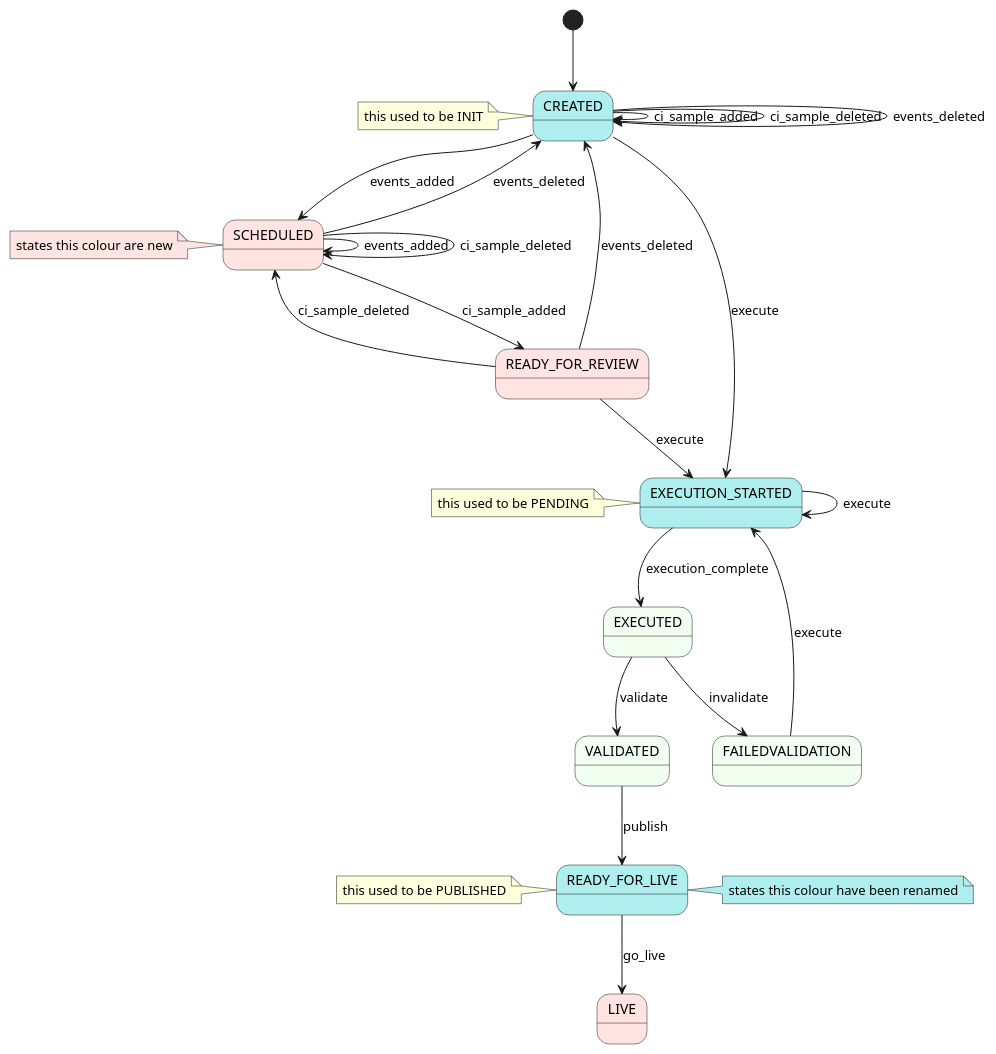
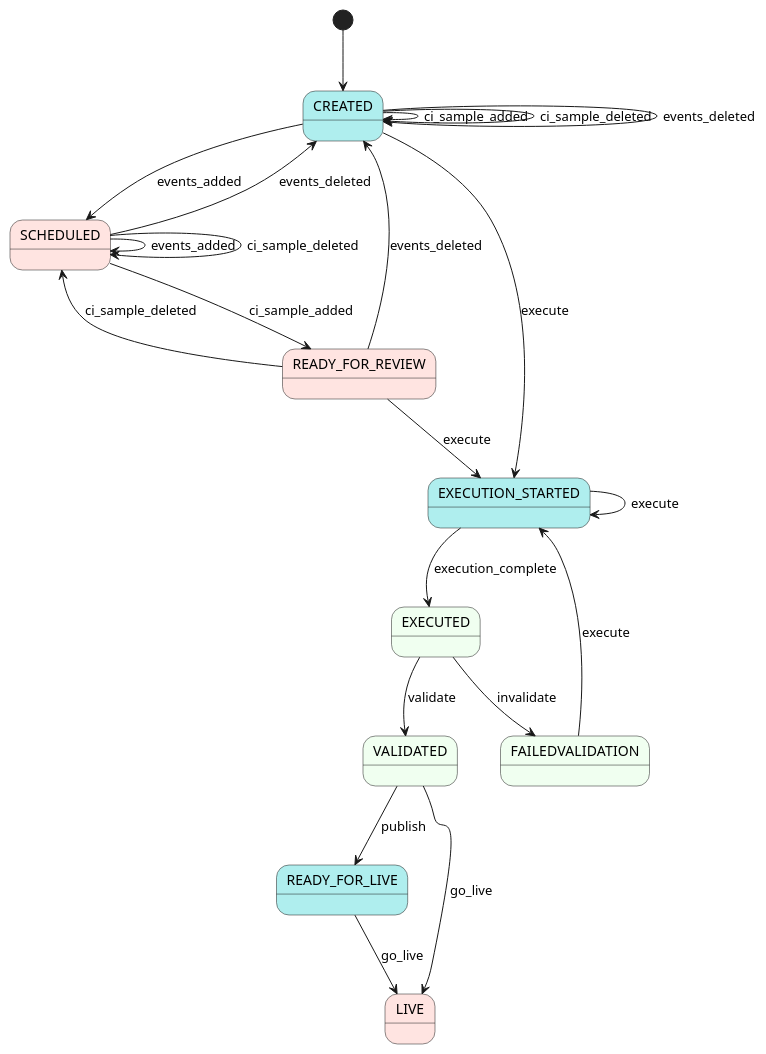
The diagram in diagrams/collection-exercise-new-states.puml (ONSdigital/rm-collection-exercise-service), drawn with PlantUML before and after one commit. The commit also changed 11 other files, not shown here.

```diff
--- a/diagrams/collection-exercise-new-states.puml
+++ b/diagrams/collection-exercise-new-states.puml
@@ -1,41 +1,33 @@
 @startuml
 skinparam state {
     BackgroundColor HoneyDew
     BackgroundColor<<New>> MistyRose
     BackgroundColor<<Changed>> PaleTurquoise
 }
 skinparam note {
     BackgroundColor<<New>> MistyRose
     BackgroundColor<<Changed>> PaleTurquoise
 }
 
 [*] --> CREATED
-note left of CREATED : this used to be INIT
 CREATED<<Changed>> --> CREATED : ci_sample_added
 CREATED<<Changed>> --> CREATED : ci_sample_deleted
 CREATED<<Changed>> --> CREATED : events_deleted
 CREATED<<Changed>> --> SCHEDULED : events_added
-note left #MistyRose
-   states this colour are new
-end note
 CREATED --> EXECUTION_STARTED : execute
 SCHEDULED<<New>> --> SCHEDULED : events_added
 SCHEDULED<<New>> --> SCHEDULED : ci_sample_deleted
 SCHEDULED<<New>> --> READY_FOR_REVIEW : ci_sample_added
 READY_FOR_REVIEW<<New>> --> SCHEDULED : ci_sample_deleted
 READY_FOR_REVIEW<<New>> --> CREATED : events_deleted
 SCHEDULED<<New>> --> CREATED : events_deleted
 READY_FOR_REVIEW<<New>> --> EXECUTION_STARTED : execute
 EXECUTION_STARTED<<Changed>> --> EXECUTION_STARTED : execute
-note left of EXECUTION_STARTED : this used to be PENDING
 EXECUTION_STARTED --> EXECUTED : execution_complete
 EXECUTED --> VALIDATED : validate
 EXECUTED --> FAILEDVALIDATION : invalidate
 VALIDATED --> READY_FOR_LIVE<<Changed>> : publish
-note left of READY_FOR_LIVE: this used to be PUBLISHED
-note right of READY_FOR_LIVE #PaleTurquoise
-    states this colour have been renamed
-end note
+VALIDATED  --> LIVE : go_live
 READY_FOR_LIVE --> LIVE<<New>> : go_live
 FAILEDVALIDATION --> EXECUTION_STARTED : execute
 @enduml
```
